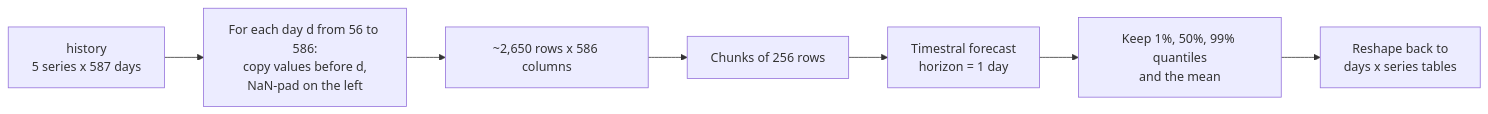
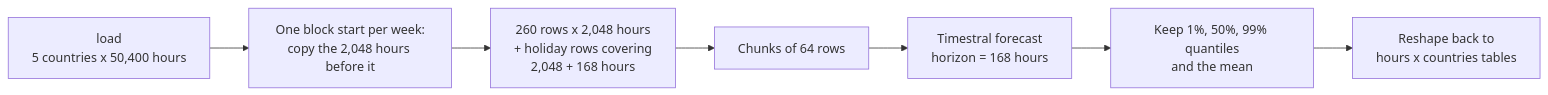
The sixth of 6 diagrams in docs/04-anomaly-detection.md (mourjo/zero-shot-forecasting), drawn with Mermaid before and after one commit. The commit also changed other lines of this file and 3 other files, not shown here.

````diff
--- a/docs/04-anomaly-detection.md
+++ b/docs/04-anomaly-detection.md
@@ -196,9 +233,9 @@
 ```mermaid
 flowchart LR
-    A["history<br/>5 series x 587 days"] --> B["For each day d from 56 to 586:<br/>copy values before d,<br/>NaN-pad on the left"]
-    B --> C["~2,650 rows x 586 columns"]
-    C --> D["Chunks of 256 rows"]
-    D --> E["Timestral forecast<br/>horizon = 1 day"]
+    A["load<br/>5 countries x 50,400 hours"] --> B["One block start per week:<br/>copy the 2,048 hours before it"]
+    B --> C["260 rows x 2,048 hours<br/>+ holiday rows covering<br/>2,048 + 168 hours"]
+    C --> D["Chunks of 64 rows"]
+    D --> E["Timestral forecast<br/>horizon = 168 hours"]
     E --> F["Keep 1%, 50%, 99% quantiles<br/>and the mean"]
-    F --> G["Reshape back to<br/>days x series tables"]
+    F --> G["Reshape back to<br/>hours x countries tables"]
 ```
````
